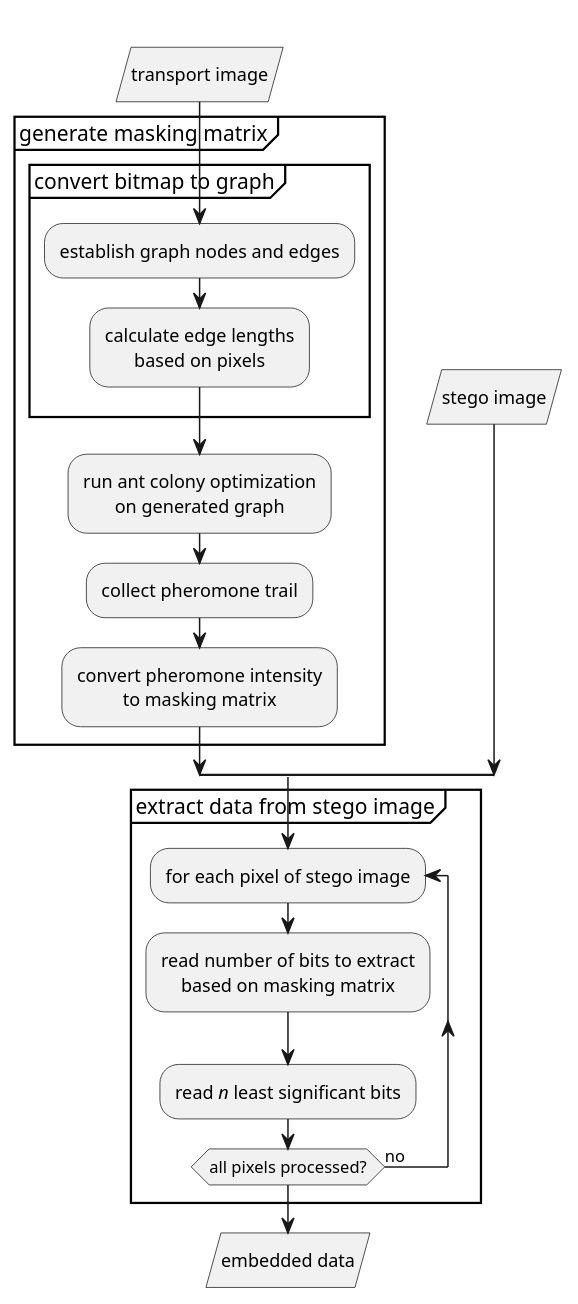
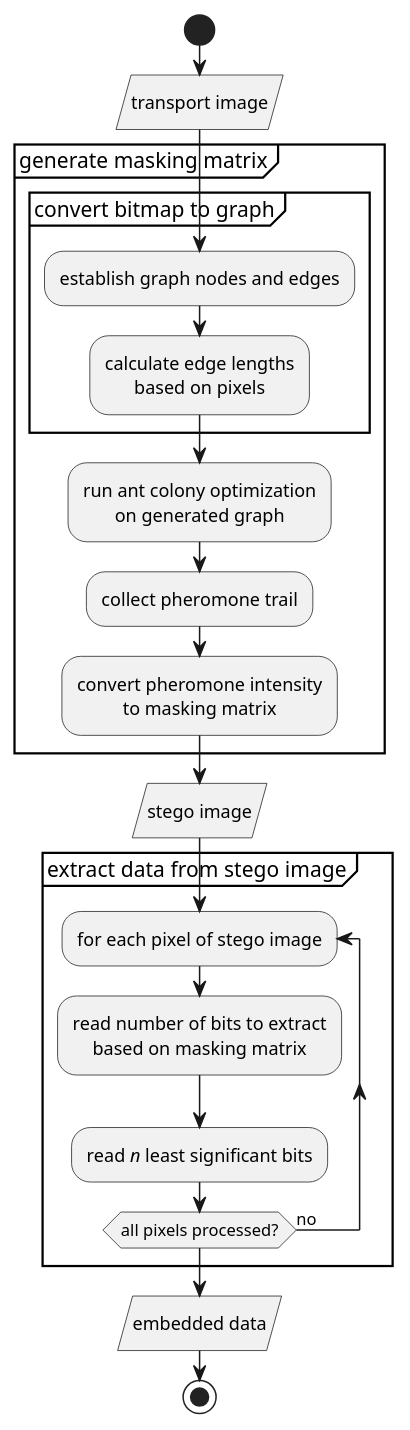
The diagram in assets/extract.plantuml (GrzegorzKazana/stegano-ants), drawn with PlantUML before and after one commit. The commit also changed 1 other file, not shown here.

Commit message:
fix: algorithm flowcharts

```diff
--- a/assets/extract.plantuml
+++ b/assets/extract.plantuml
@@ -1,36 +1,35 @@
-@startuml
+@startuml extract
 skinparam defaultTextAlignment center
-split
-    -[hidden]->
-    :transport image/
+start
 
-    partition "generate masking matrix" {
-        partition "convert bitmap to graph" {
-            :establish graph nodes and edges;
-            :calculate edge lengths
-            based on pixels;
-        }
+:transport image/
 
-        :run ant colony optimization
-        on generated graph;
+partition "generate masking matrix" {
+    partition "convert bitmap to graph" {
+        :establish graph nodes and edges;
+        :calculate edge lengths
+        based on pixels;
+    }
 
-        :collect pheromone trail;
+    :run ant colony optimization
+    on generated graph;
 
-        :convert pheromone intensity
-        to masking matrix;
-    }
-split again
-    -[hidden]->
-    :stego image/
-end split
+    :collect pheromone trail;
+
+    :convert pheromone intensity
+    to masking matrix;
+}
+
+:stego image/
 
 partition "extract data from stego image" {
   repeat :for each pixel of stego image;
   :read number of bits to extract
   based on masking matrix;
   :read //n// least significant bits;
   repeat while (all pixels processed?) is (no)
 }
 
 :embedded data/
+stop
 @enduml
```
